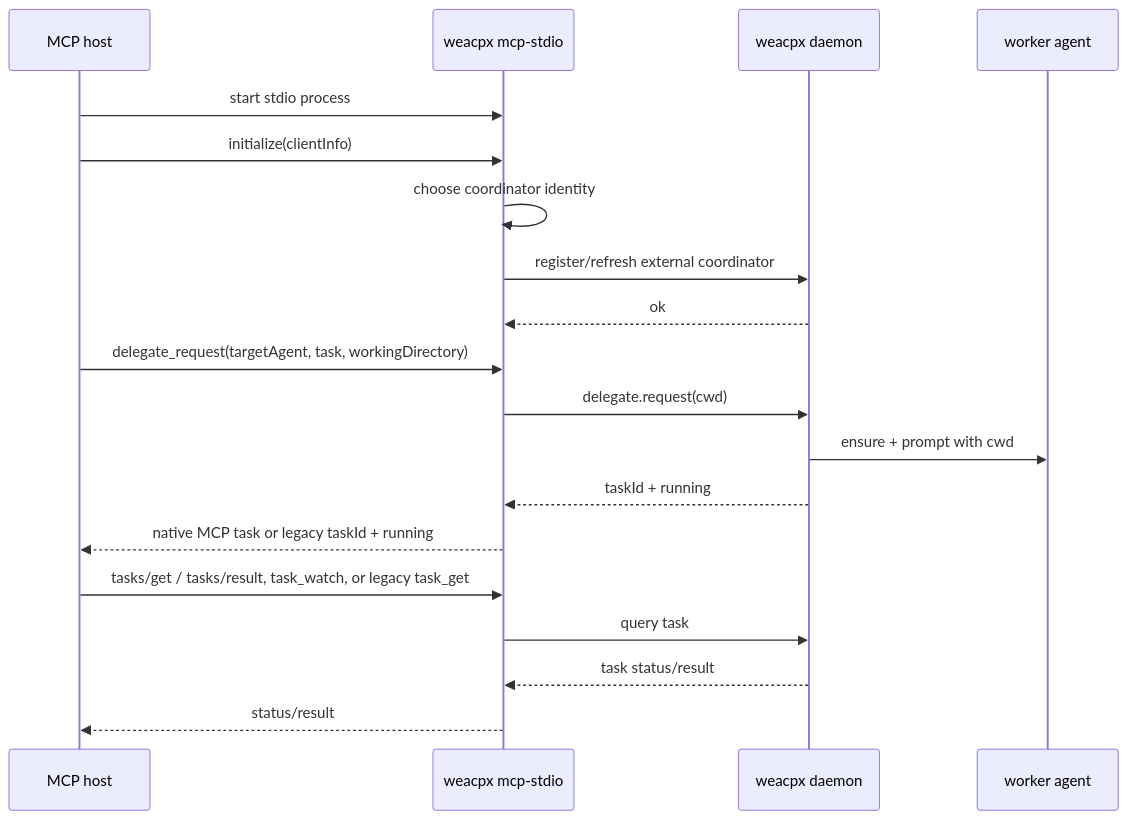
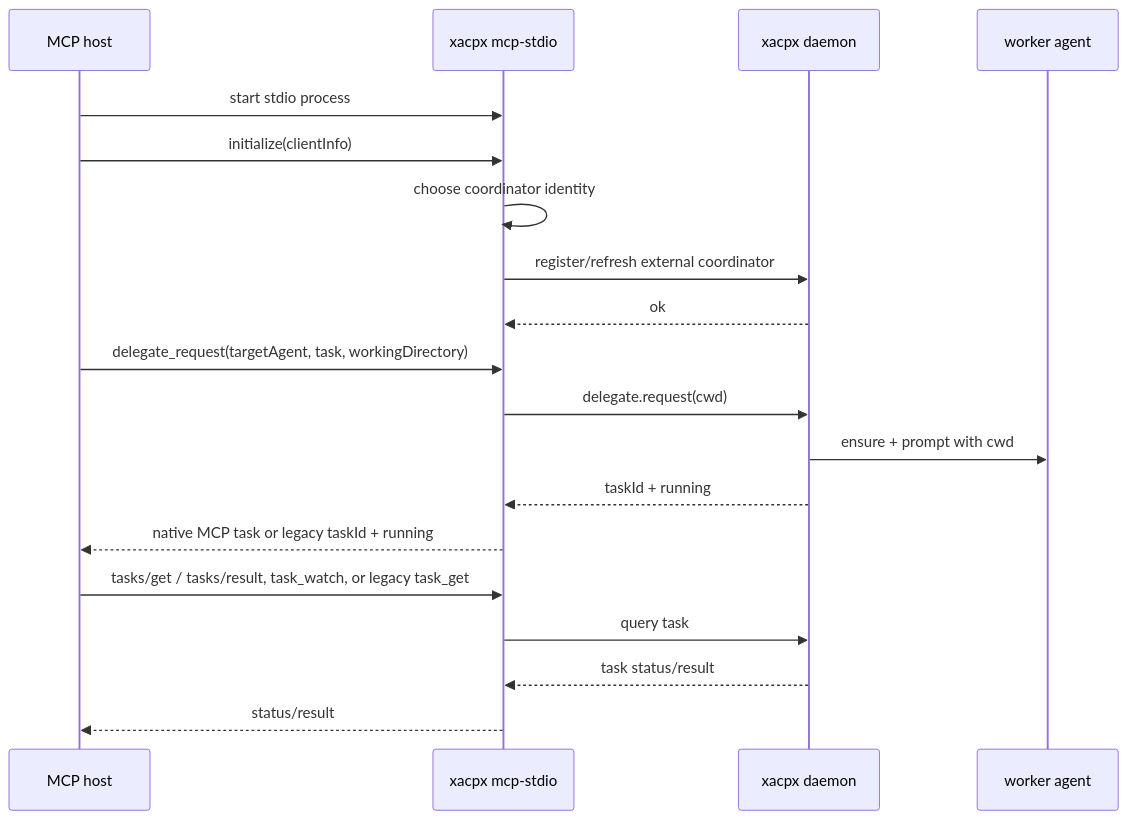
Before and after one commit to gadzan/weacpx: the fourth of 4 diagrams in docs/external-mcp.md, drawn with Mermaid. The commit also changed other lines of this file and 119 other files, not shown here.

````diff
--- a/docs/external-mcp.md
+++ b/docs/external-mcp.md
@@ -237,22 +237,22 @@
 ```mermaid
 sequenceDiagram
   participant Host as MCP host
-  participant Mcp as weacpx mcp-stdio
-  participant Daemon as weacpx daemon
+  participant Mcp as xacpx mcp-stdio
+  participant Daemon as xacpx daemon
   participant Worker as worker agent
 
   Host->>Mcp: start stdio process
   Host->>Mcp: initialize(clientInfo)
   Mcp->>Mcp: choose coordinator identity
   Mcp->>Daemon: register/refresh external coordinator
   Daemon-->>Mcp: ok
   Host->>Mcp: delegate_request(targetAgent, task, workingDirectory)
   Mcp->>Daemon: delegate.request(cwd)
   Daemon->>Worker: ensure + prompt with cwd
   Daemon-->>Mcp: taskId + running
   Mcp-->>Host: native MCP task or legacy taskId + running
   Host->>Mcp: tasks/get / tasks/result, task_watch, or legacy task_get
   Mcp->>Daemon: query task
   Daemon-->>Mcp: task status/result
   Mcp-->>Host: status/result
 ```
````
